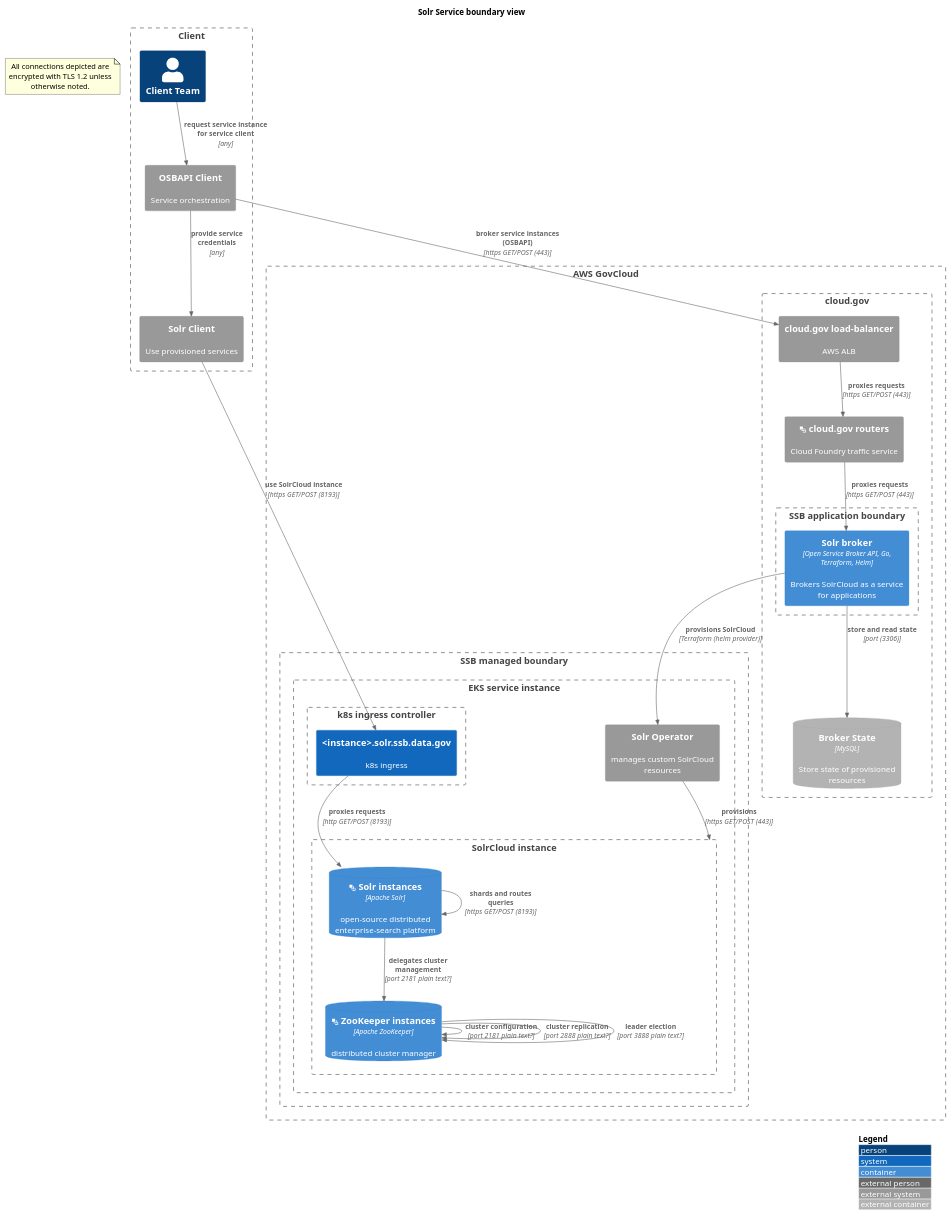
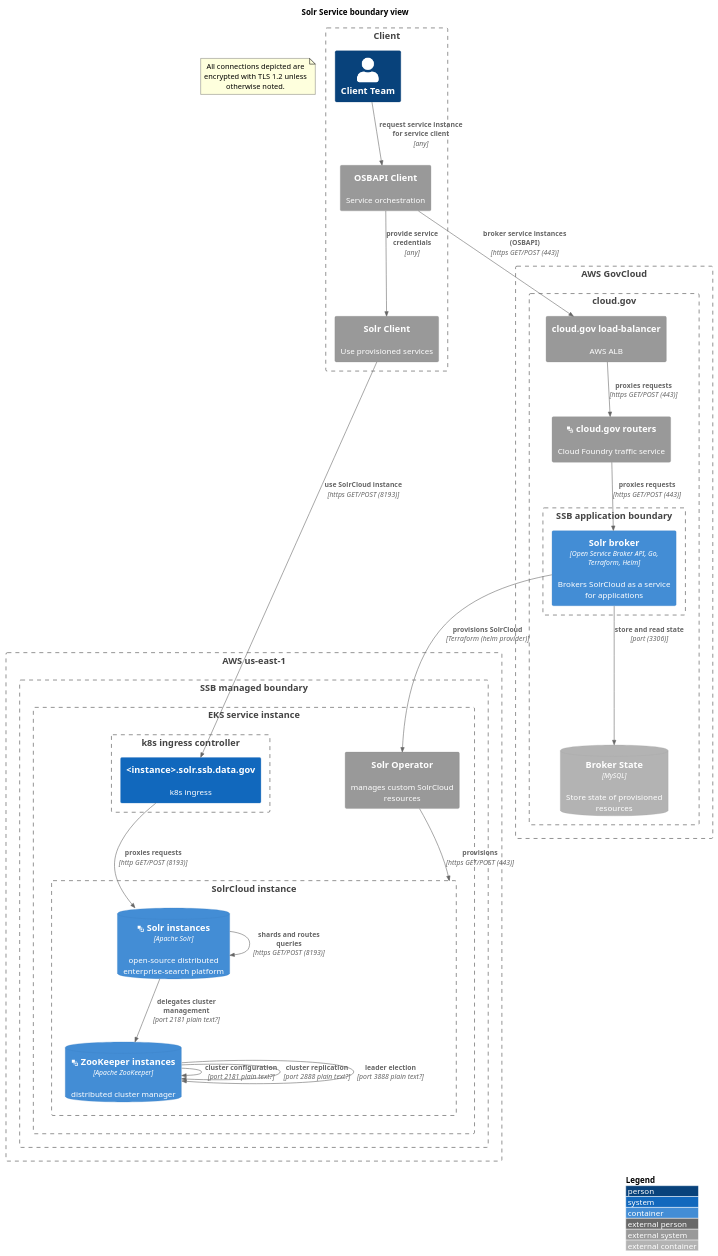
The third of 3 diagrams in ssb-service-scratchpad.md (GSA/datagov-compliance), drawn with PlantUML before and after one commit. The commit also changed other lines of this file and 6 other files, not shown here.

First line of the commit message:
Put the SSB managed boundary in AWS us-east-1 explicitly

````diff
--- a/ssb-service-scratchpad.md
+++ b/ssb-service-scratchpad.md
@@ -98,55 +99,57 @@
 ```plantuml
 @startuml
 !include https://raw.githubusercontent.com/plantuml-stdlib/C4-PlantUML/master/C4_Container.puml
 ' uncomment the following line and comment the first to use locally
 ' !include C4_Container.puml
 LAYOUT_WITH_LEGEND()
 title Solr Service boundary view
 Boundary(client, "Client") {
   Person(client_team, "Client Team")
   System_Ext(osbapi_client, "OSBAPI Client", "Service orchestration")
   System_Ext(solr_client, "Solr Client", "Use provisioned services")
   Rel(osbapi_client, solr_client, "provide service credentials", "any")
   Rel(client_team, osbapi_client, "request service instance for service client", "any")
 }
 note as EncryptionNote
   All connections depicted are encrypted with TLS 1.2 unless otherwise noted.
 end note
 
-Boundary(aws, "AWS GovCloud") {
-    Boundary(iaas, "SSB managed boundary") {
-      Boundary(eks, "EKS service instance") {
-        System_Ext(solr_operator, "Solr Operator", "manages custom SolrCloud resources")
-        Boundary(k8s_ingress, "k8s ingress controller") {    
-          System(solr_ingress, "<instance>.solr.ssb.data.gov", "k8s ingress")
-        }
-        Boundary(b_solrcloud, "SolrCloud instance") {
-          ContainerDb(solr_instances, "<&layers> Solr instances", "Apache Solr", "open-source distributed enterprise-search platform")
-          ContainerDb(zookeeper_instances, "<&layers> ZooKeeper instances", "Apache ZooKeeper", "distributed cluster manager")
-        }
+Boundary(aws_east, "AWS us-east-1") {
+  Boundary(iaas, "SSB managed boundary") {
+    Boundary(eks, "EKS service instance") {
+      System_Ext(solr_operator, "Solr Operator", "manages custom SolrCloud resources")
+      Boundary(k8s_ingress, "k8s ingress controller") {    
+        System(solr_ingress, "<instance>.solr.ssb.data.gov", "k8s ingress")
+      }
+      Boundary(b_solrcloud, "SolrCloud instance") {
+        ContainerDb(solr_instances, "<&layers> Solr instances", "Apache Solr", "open-source distributed enterprise-search platform")
+        ContainerDb(zookeeper_instances, "<&layers> ZooKeeper instances", "Apache ZooKeeper", "distributed cluster manager")
       }
     }
-    Boundary(cloudgov, "cloud.gov") {
-        System_Ext(aws_cg_alb, "cloud.gov load-balancer", "AWS ALB")
-        System_Ext(cloudgov_router, "<&layers> cloud.gov routers", "Cloud Foundry traffic service")
-	Boundary(atob, "SSB application boundary") {
-	  Container(solr_app, "Solr broker", "Open Service Broker API, Go, Terraform, Helm", "Brokers SolrCloud as a service for applications")
-        }
-	ContainerDb_Ext(solr_app_db, "Broker State", "MySQL", "Store state of provisioned resources")
+  }
+}
+Boundary(aws_govcloud, "AWS GovCloud") {
+  Boundary(cloudgov, "cloud.gov") {
+    System_Ext(aws_cg_alb, "cloud.gov load-balancer", "AWS ALB")
+    System_Ext(cloudgov_router, "<&layers> cloud.gov routers", "Cloud Foundry traffic service")
+    Boundary(atob, "SSB application boundary") {
+      Container(solr_app, "Solr broker", "Open Service Broker API, Go, Terraform, Helm", "Brokers SolrCloud as a service for applications")
     }
+    ContainerDb_Ext(solr_app_db, "Broker State", "MySQL", "Store state of provisioned resources")
+  }
 }
 Rel(osbapi_client, aws_cg_alb, "broker service instances (OSBAPI)", "https GET/POST (443)")
 Rel(aws_cg_alb, cloudgov_router, "proxies requests", "https GET/POST (443)")
 Rel(cloudgov_router, solr_app, "proxies requests", "https GET/POST (443)")
 Rel(solr_app, solr_app_db, "store and read state", "port (3306)")
 Rel(solr_client, solr_ingress, "use SolrCloud instance", "https GET/POST (8193)")
 Rel(solr_instances, solr_instances, "shards and routes queries", "https GET/POST (8193)")
 Rel(solr_instances, zookeeper_instances, "delegates cluster management", "port 2181 plain text?")
 Rel(zookeeper_instances, zookeeper_instances, "cluster configuration", "port 2181 plain text?")
 Rel(zookeeper_instances, zookeeper_instances, "cluster replication", "port 2888 plain text?")
 Rel(zookeeper_instances, zookeeper_instances, "leader election", "port 3888 plain text?")
 Rel(solr_app, solr_operator, "provisions SolrCloud", "Terraform (helm provider)")
 Rel(solr_operator, b_solrcloud, "provisions", "https GET/POST (443)")
 Rel(solr_ingress, solr_instances, "proxies requests", "http GET/POST (8193)")
 @enduml
 ```
````
